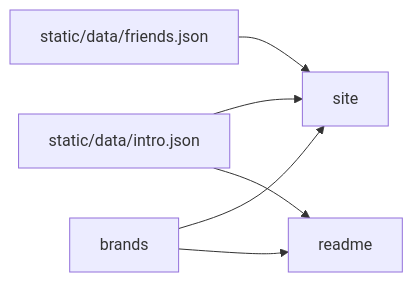
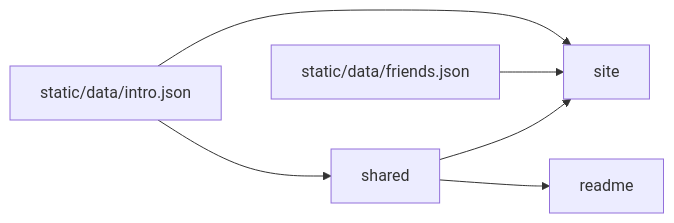
Before and after one commit to heyq02/heyq02: the diagram in architecture.md, drawn with Mermaid. The commit also changed other lines of this file and 22 other files, not shown here.

Commit message:
refactor: update architecture and dependencies to use shared package

````diff
--- a/architecture.md
+++ b/architecture.md
@@ -17,13 +17,13 @@
 ```mermaid
 flowchart LR
   json["static/data/intro.json"]
   friends["static/data/friends.json"]
-  brands["brands"]
+  shared["shared"]
   site["site"]
   readme["readme"]
+  json --> shared
   json --> site
-  json --> readme
   friends --> site
-  brands --> site
-  brands --> readme
+  shared --> site
+  shared --> readme
 ```
````
